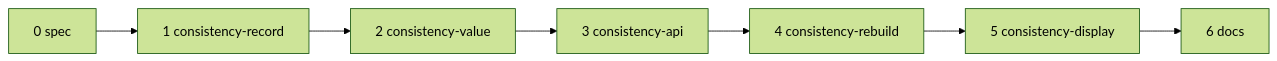
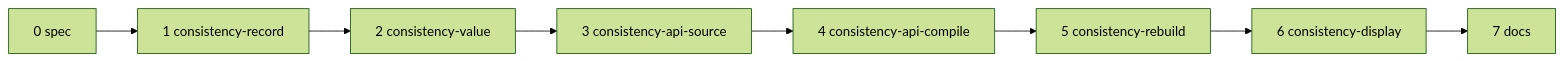
The diagram in docs/plan/2026-10-16-e4b-consistency.md (ScreamingFace/screamingface), drawn with Mermaid (forest theme) before and after one commit. The commit also changed other lines of this file and 10 other files, not shown here.

````diff
--- a/docs/plan/2026-10-16-e4b-consistency.md
+++ b/docs/plan/2026-10-16-e4b-consistency.md
@@ -41,4 +47,4 @@
 ```mermaid
 flowchart LR
-    U0[0 spec] --> U1[1 consistency-record] --> U2[2 consistency-value] --> U3[3 consistency-api] --> U4[4 consistency-rebuild] --> U5[5 consistency-display] --> U6[6 docs]
+    U0[0 spec] --> U1[1 consistency-record] --> U2[2 consistency-value] --> U3[3 consistency-api-source] --> U4[4 consistency-api-compile] --> U5[5 consistency-rebuild] --> U6[6 consistency-display] --> U7[7 docs]
 ```
````
